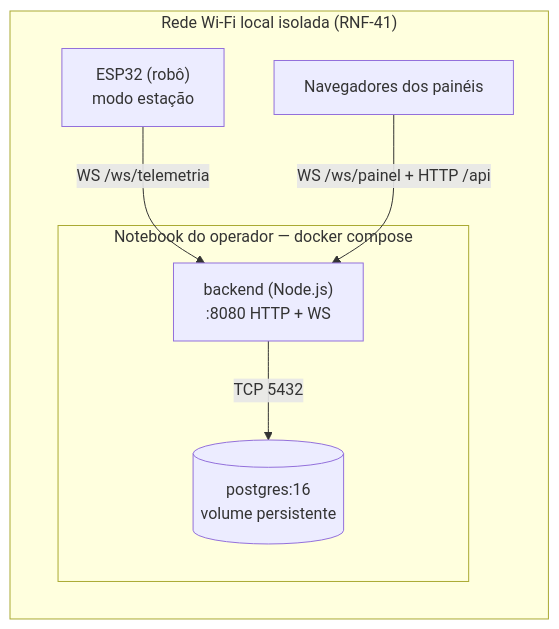
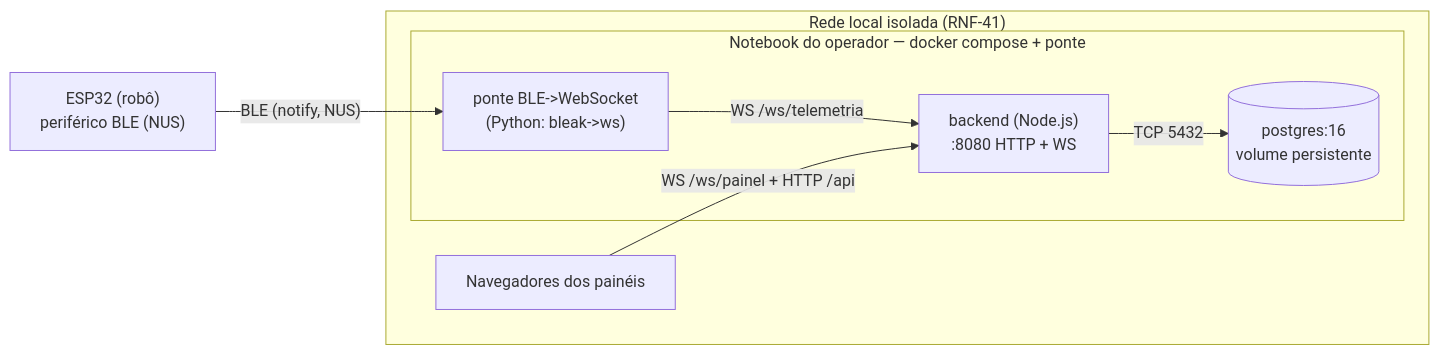
The diagram in docs/software/backend/diagramas/arq-09-implantacao.mmd (fcte-pi1/2026.2_PI1_Grupo1_Diogo), drawn with Mermaid before and after one commit. The commit also changed 31 other files, not shown here.

```diff
--- a/docs/software/backend/diagramas/arq-09-implantacao.mmd
+++ b/docs/software/backend/diagramas/arq-09-implantacao.mmd
@@ -1,12 +1,14 @@
 flowchart LR
-    subgraph LAN["Rede Wi-Fi local isolada (RNF-41)"]
-        ESP["ESP32 (robô)<br/>modo estação"]
-        subgraph NB["Notebook do operador — docker compose"]
+    ESP["ESP32 (robô)<br/>periférico BLE (NUS)"]
+    subgraph LAN["Rede local isolada (RNF-41)"]
+        subgraph NB["Notebook do operador — docker compose + ponte"]
+            PONTE["ponte BLE->WebSocket<br/>(Python: bleak->ws)"]
             BE["backend (Node.js)<br/>:8080 HTTP + WS"]
             PG[("postgres:16<br/>volume persistente")]
         end
         BR["Navegadores dos painéis"]
     end
-    ESP -- "WS /ws/telemetria" --> BE
+    ESP -- "BLE (notify, NUS)" --> PONTE
+    PONTE -- "WS /ws/telemetria" --> BE
     BR -- "WS /ws/painel + HTTP /api" --> BE
     BE -- "TCP 5432" --> PG
```
